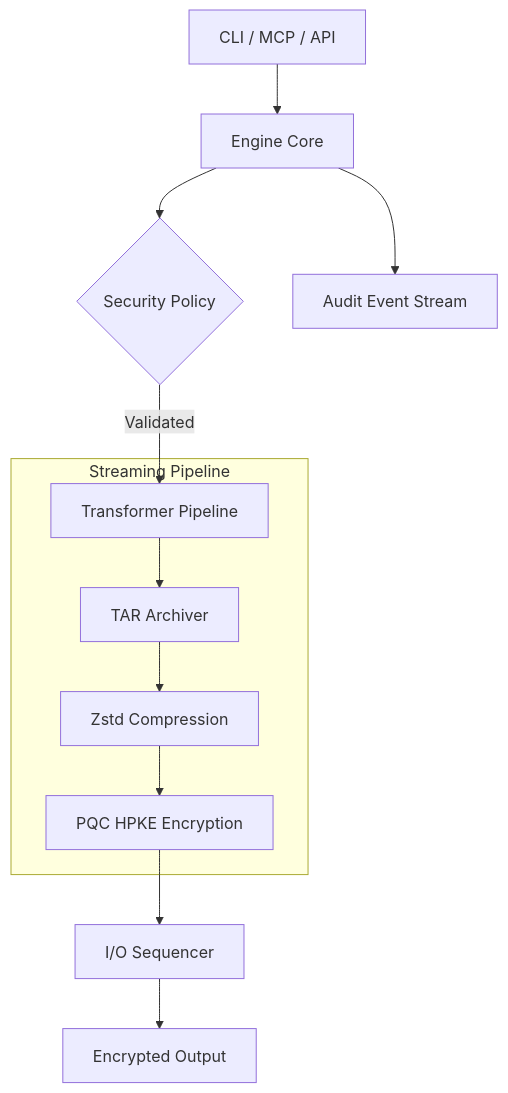
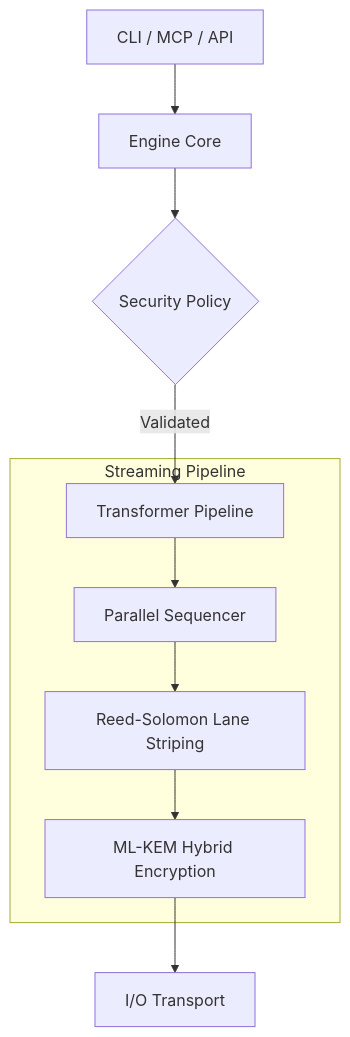
Before and after one commit to al-Zamakhshari/maknoon: the diagram in README.md, drawn with Mermaid. The commit also changed other lines of this file and 12 other files, not shown here.

````diff
--- a/README.md
+++ b/README.md
@@ -107,14 +94,12 @@
 ```mermaid
 graph TD
     A[CLI / MCP / API] --> B[Engine Core]
     B --> C{Security Policy}
     C -- Validated --> D[Transformer Pipeline]
     subgraph Pipeline [Streaming Pipeline]
-        D --> E[TAR Archiver]
-        E --> F[Zstd Compression]
-        F --> G[PQC HPKE Encryption]
+        D --> E[Parallel Sequencer]
+        E --> F[Reed-Solomon Lane Striping]
+        F --> G[ML-KEM Hybrid Encryption]
     end
-    G --> H[I/O Sequencer]
-    H --> I[Encrypted Output]
-    B --> J[Audit Event Stream]
+    G --> H[I/O Transport]
 ```
````
